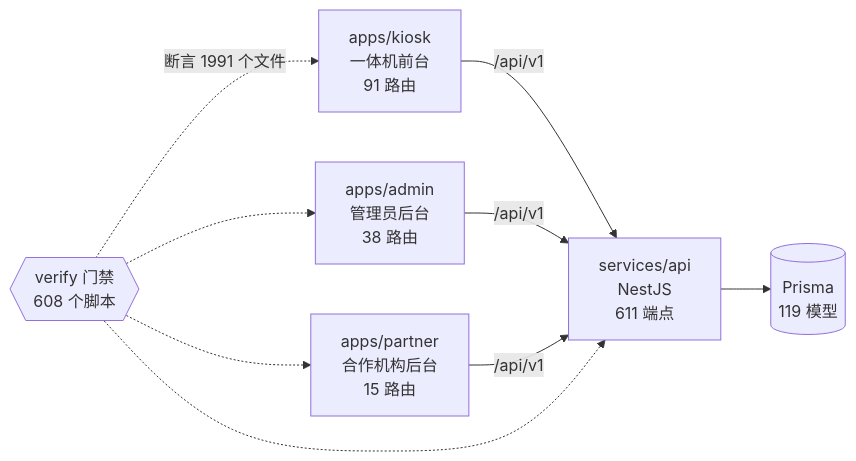
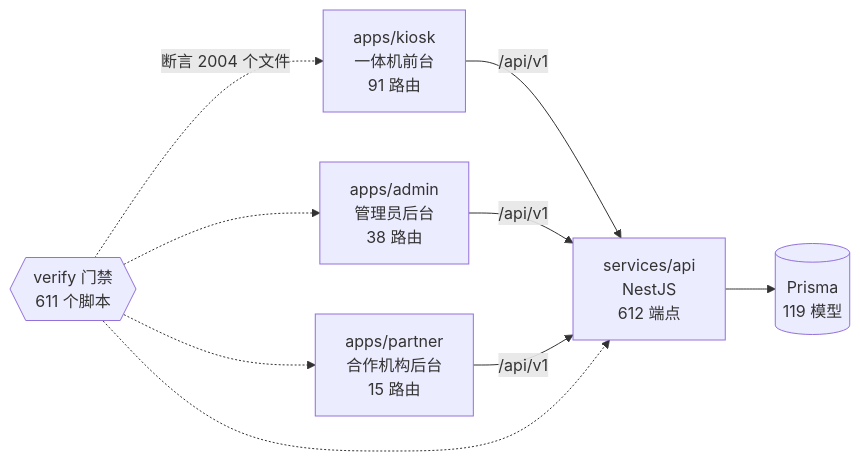
One commit to wanglei581/YITIJI changed the diagram in docs/graph/README.md. Above: the diagram before and after it, drawn with Mermaid. The commit also changed other lines of this file and 4 other files, not shown here.

Commit message:
chore(graph): 批次二（#1557、#1575、B7、B8a、B8b）合并后重生图谱

````diff
--- a/docs/graph/README.md
+++ b/docs/graph/README.md
@@ -68,18 +68,18 @@
 ```mermaid
 flowchart LR
   kiosk["apps/kiosk<br/>一体机前台<br/>91 路由"]
   admin["apps/admin<br/>管理员后台<br/>38 路由"]
   partner["apps/partner<br/>合作机构后台<br/>15 路由"]
-  api["services/api<br/>NestJS<br/>611 端点"]
+  api["services/api<br/>NestJS<br/>612 端点"]
   db[("Prisma<br/>119 模型")]
-  gates{{"verify 门禁<br/>608 个脚本"}}
+  gates{{"verify 门禁<br/>611 个脚本"}}
 
   kiosk -->|"/api/v1"| api
   admin -->|"/api/v1"| api
   partner -->|"/api/v1"| api
   api --> db
-  gates -.->|"断言 1991 个文件"| kiosk
+  gates -.->|"断言 2004 个文件"| kiosk
   gates -.-> admin
   gates -.-> partner
   gates -.-> api
 ```
````
